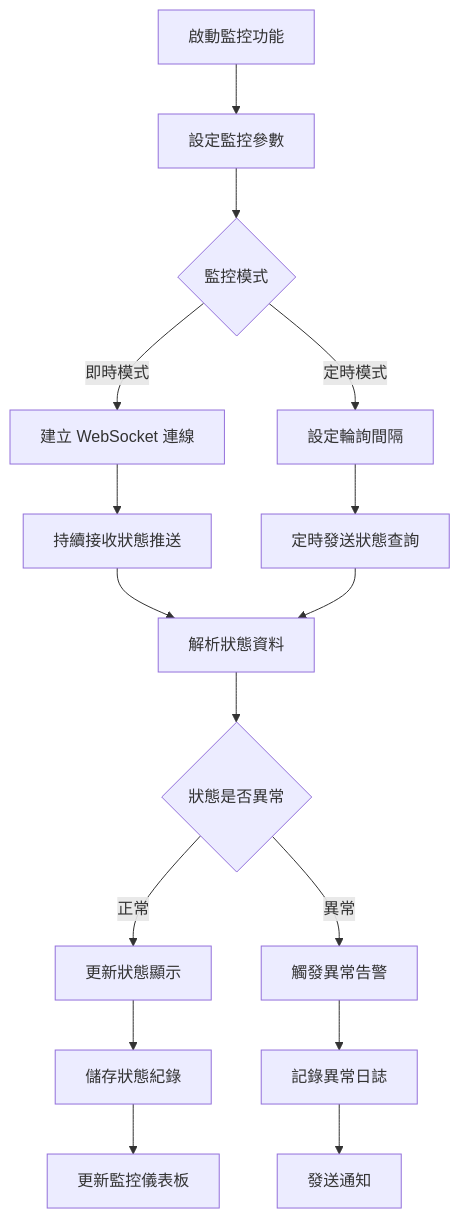
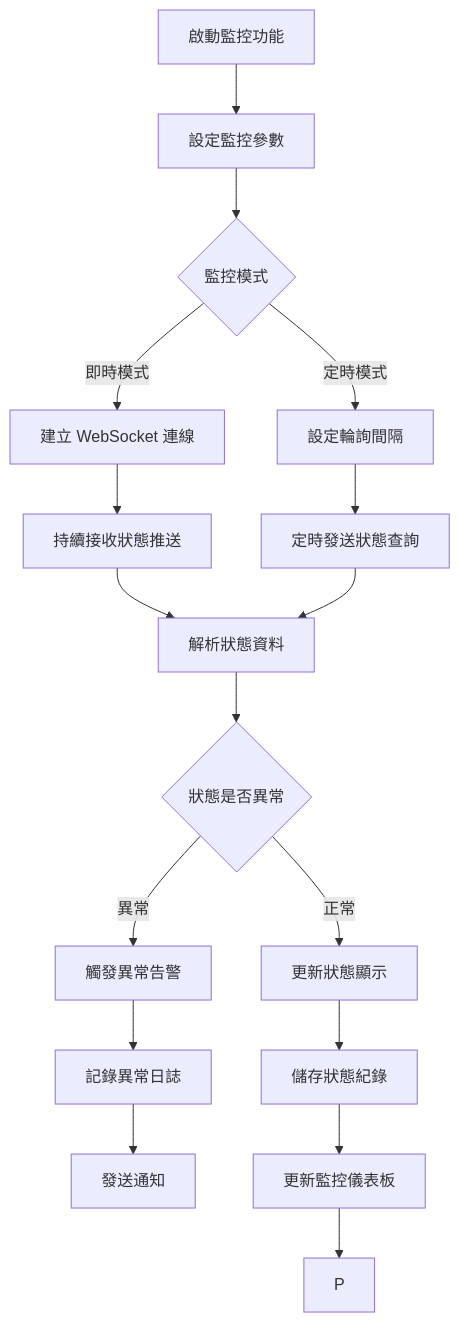
One commit to dimx9173/project_game changed diagram 12 of 16 in md/v8/遊戲平台管理系統_功能矩陣與流程圖_旗艦版.md. Above: the diagram before and after it, drawn with Mermaid. The commit also changed other lines of this file and 7 other files, not shown here.

````diff
--- a/md/v8/遊戲平台管理系統_功能矩陣與流程圖_旗艦版.md
+++ b/md/v8/遊戲平台管理系統_功能矩陣與流程圖_旗艦版.md
@@ -515,34 +513,35 @@
 ```mermaid
 flowchart TD
     A["啟動監控功能"]
     B["設定監控參數"]
     C{"監控模式"}
     D["建立 WebSocket 連線"]
     E["設定輪詢間隔"]
     F["持續接收狀態推送"]
     G["定時發送狀態查詢"]
     H["解析狀態資料"]
     I{"狀態是否異常"}
     J["更新狀態顯示"]
     K["觸發異常告警"]
     L["記錄異常日誌"]
     M["發送通知"]
     N["儲存狀態紀錄"]
     O["更新監控儀表板"]
 
     A --> B
     B --> C
     C -->|"即時模式"| D
     C -->|"定時模式"| E
     D --> F
     E --> G
     F --> H
     G --> H
     H --> I
     I -->|"正常"| J
     I -->|"異常"| K
     K --> L
     L --> M
     J --> N
     N --> O
+    O --> P
 ```
````
